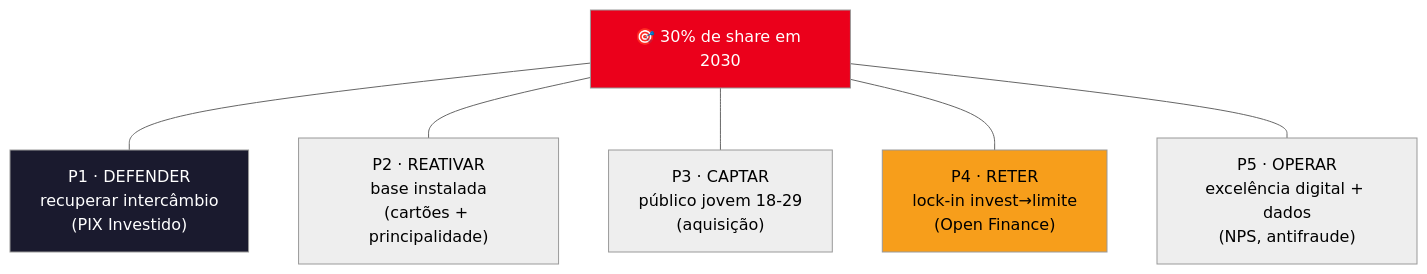
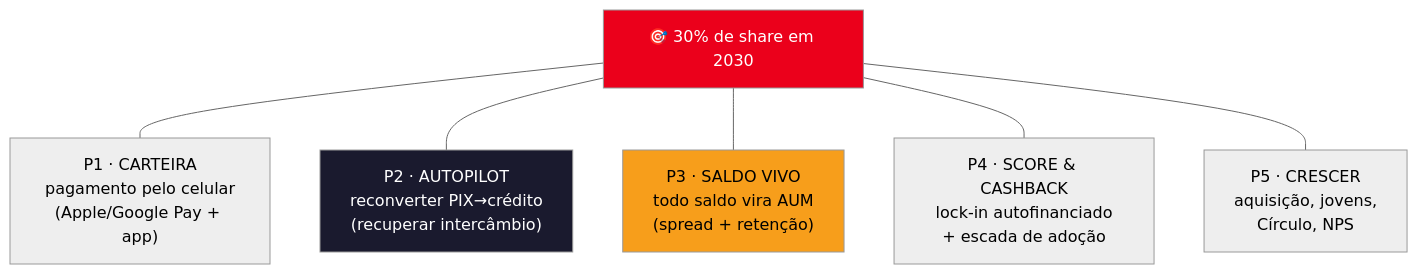
Before and after one commit to guihassen/Mastercaras: the second of 4 diagrams in docs/plano-de-acao-5-anos.md, drawn with Mermaid (neutral theme). The commit also changed other lines of this file, not shown here.

````diff
--- a/docs/plano-de-acao-5-anos.md
+++ b/docs/plano-de-acao-5-anos.md
@@ -57,17 +59,17 @@
 ```mermaid
 flowchart TB
     NS["🎯 30% de share em 2030"]
     NS --- P1
     NS --- P2
     NS --- P3
     NS --- P4
     NS --- P5
-    P1["P1 · DEFENDER<br/>recuperar intercâmbio<br/>(PIX Investido)"]
-    P2["P2 · REATIVAR<br/>base instalada<br/>(cartões + principalidade)"]
-    P3["P3 · CAPTAR<br/>público jovem 18-29<br/>(aquisição)"]
-    P4["P4 · RETER<br/>lock-in invest→limite<br/>(Open Finance)"]
-    P5["P5 · OPERAR<br/>excelência digital + dados<br/>(NPS, antifraude)"]
+    P1["P1 · CARTEIRA<br/>pagamento pelo celular<br/>(Apple/Google Pay + app)"]
+    P2["P2 · AUTOPILOT<br/>reconverter PIX→crédito<br/>(recuperar intercâmbio)"]
+    P3["P3 · SALDO VIVO<br/>todo saldo vira AUM<br/>(spread + retenção)"]
+    P4["P4 · SCORE & CASHBACK<br/>lock-in autofinanciado<br/>+ escada de adoção"]
+    P5["P5 · CRESCER<br/>aquisição, jovens,<br/>Círculo, NPS"]
     style NS fill:#EB001B,color:#fff
-    style P1 fill:#1A1A2E,color:#fff
-    style P4 fill:#F79E1B,color:#000
+    style P3 fill:#F79E1B,color:#000
+    style P2 fill:#1A1A2E,color:#fff
 ```
````
